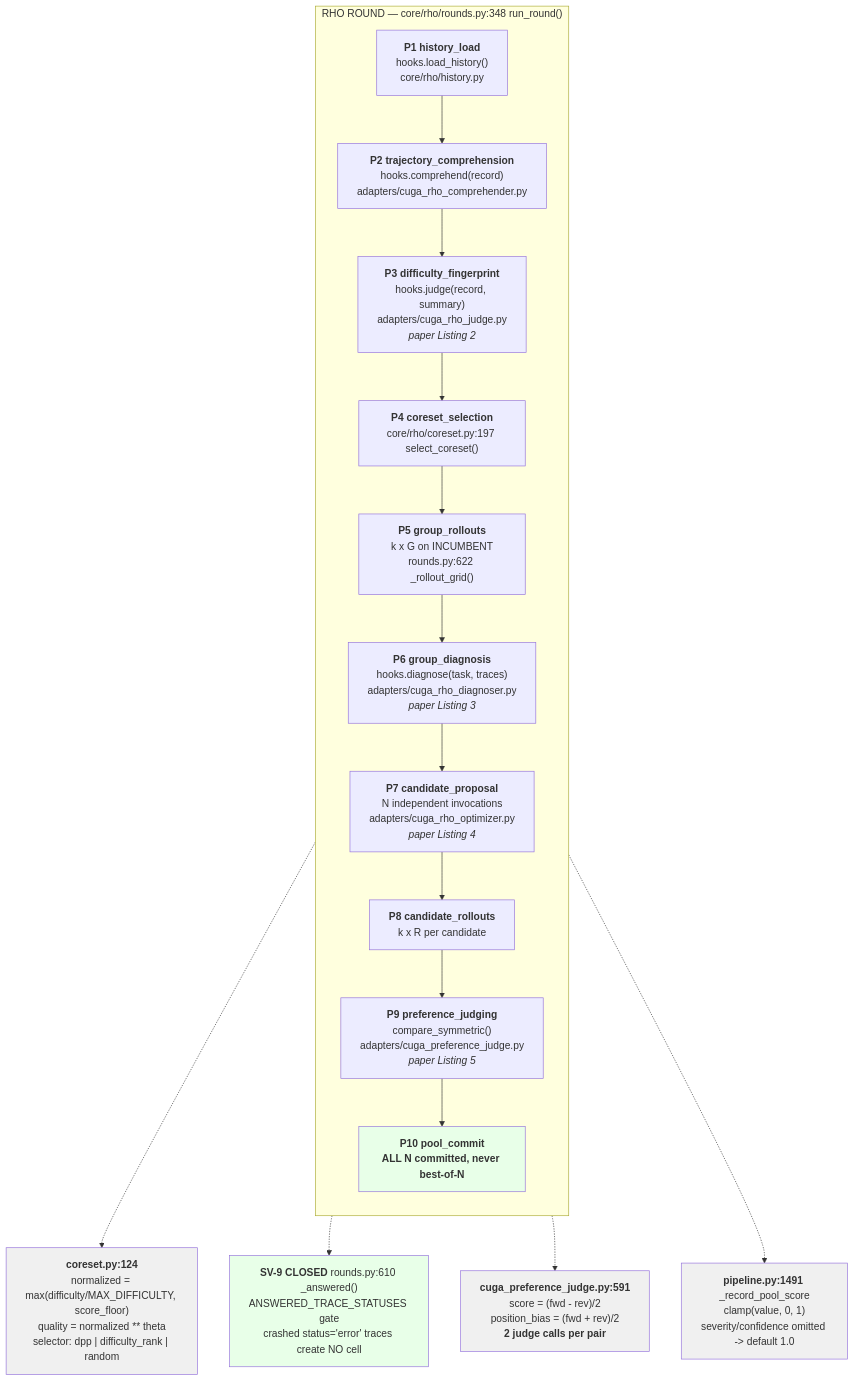
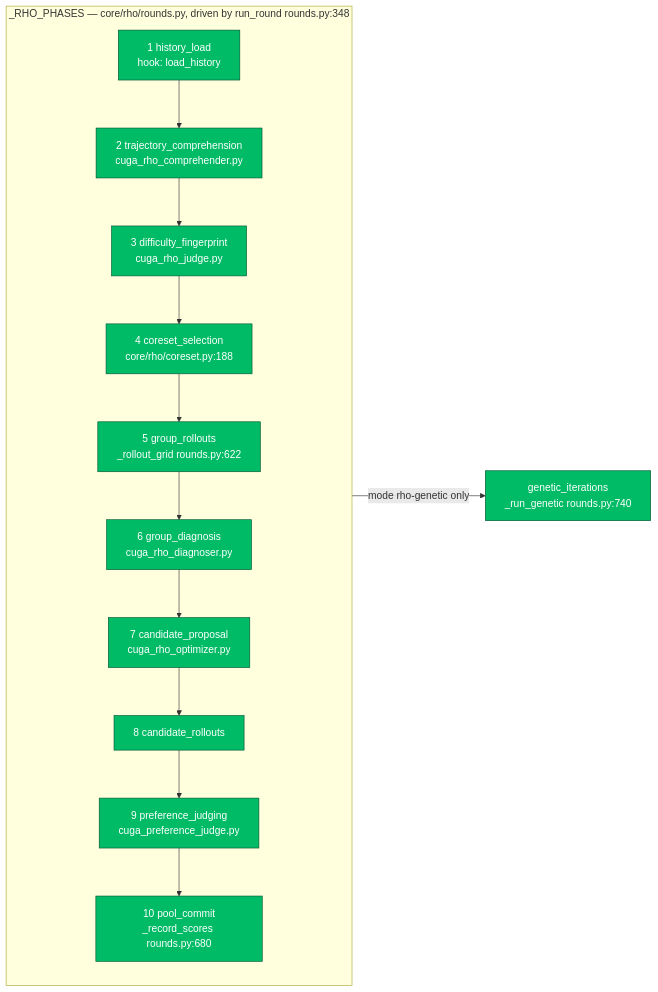
Before and after one commit to one-little-step/AgentEvolve: the second of 8 diagrams in docs/architecture/IMPLEMENTED-PIPELINE-MAP.md, drawn with Mermaid. The commit also changed other lines of this file and 8 other files, not shown here.

````diff
--- a/docs/architecture/IMPLEMENTED-PIPELINE-MAP.md
+++ b/docs/architecture/IMPLEMENTED-PIPELINE-MAP.md
@@ -92,28 +96,19 @@
 ```mermaid
-flowchart TB
-    subgraph RHO["RHO ROUND — core/rho/rounds.py:348 run_round()"]
-      direction TB
-      H1["<b>P1 history_load</b><br/>hooks.load_history()<br/>core/rho/history.py"]
-      H2["<b>P2 trajectory_comprehension</b><br/>hooks.comprehend(record)<br/>adapters/cuga_rho_comprehender.py"]
-      H3["<b>P3 difficulty_fingerprint</b><br/>hooks.judge(record, summary)<br/>adapters/cuga_rho_judge.py<br/><i>paper Listing 2</i>"]
-      H4["<b>P4 coreset_selection</b><br/>core/rho/coreset.py:197 select_coreset()"]
-      H5["<b>P5 group_rollouts</b><br/>k x G on INCUMBENT<br/>rounds.py:622 _rollout_grid()"]
-      H6["<b>P6 group_diagnosis</b><br/>hooks.diagnose(task, traces)<br/>adapters/cuga_rho_diagnoser.py<br/><i>paper Listing 3</i>"]
-      H7["<b>P7 candidate_proposal</b><br/>N independent invocations<br/>adapters/cuga_rho_optimizer.py<br/><i>paper Listing 4</i>"]
-      H8["<b>P8 candidate_rollouts</b><br/>k x R per candidate"]
-      H9["<b>P9 preference_judging</b><br/>compare_symmetric()<br/>adapters/cuga_preference_judge.py<br/><i>paper Listing 5</i>"]
-      H10["<b>P10 pool_commit</b><br/><b>ALL N committed, never best-of-N</b>"]
-      H1-->H2-->H3-->H4-->H5-->H6-->H7-->H8-->H9-->H10
+flowchart LR
+    subgraph RHO["_RHO_PHASES — core/rho/rounds.py, driven by run_round rounds.py:348"]
+        direction TB
+        P1["1 history_load<br/>hook: load_history"]:::live
+        P2["2 trajectory_comprehension<br/>cuga_rho_comprehender.py"]:::live
+        P3["3 difficulty_fingerprint<br/>cuga_rho_judge.py"]:::live
+        P4["4 coreset_selection<br/>core/rho/coreset.py:188"]:::live
+        P5["5 group_rollouts<br/>_rollout_grid rounds.py:622"]:::live
+        P6["6 group_diagnosis<br/>cuga_rho_diagnoser.py"]:::live
+        P7["7 candidate_proposal<br/>cuga_rho_optimizer.py"]:::live
+        P8["8 candidate_rollouts"]:::live
+        P9["9 preference_judging<br/>cuga_preference_judge.py"]:::live
+        P10["10 pool_commit<br/>_record_scores rounds.py:680"]:::live
+        P1-->P2-->P3-->P4-->P5-->P6-->P7-->P8-->P9-->P10
     end
-
-    H4 -.-> F4["<b>coreset.py:124</b><br/>normalized = max(difficulty/MAX_DIFFICULTY, score_floor)<br/>quality = normalized ** theta<br/>selector: dpp | difficulty_rank | random"]
-    H5 -.-> F5["<b>SV-9 CLOSED</b> rounds.py:610 _answered()<br/>ANSWERED_TRACE_STATUSES gate<br/>crashed status='error' traces create NO cell"]
-    H9 -.-> F9["<b>cuga_preference_judge.py:591</b><br/>score = (fwd - rev)/2<br/>position_bias = (fwd + rev)/2<br/><b>2 judge calls per pair</b>"]
-    H10 -.-> F10["<b>pipeline.py:1491</b> _record_pool_score<br/>clamp(value, 0, 1)<br/>severity/confidence omitted -> default 1.0"]
-
-    style H10 fill:#e8ffe8
-    style F5 fill:#e8ffe8
-    style F4 fill:#f0f0f0
-    style F9 fill:#f0f0f0
-    style F10 fill:#f0f0f0
+    P10 -->|"mode rho-genetic only"| G["genetic_iterations<br/>_run_genetic rounds.py:740"]:::live
+    classDef live fill:#0b6,stroke:#053,color:#fff
 ```
````
